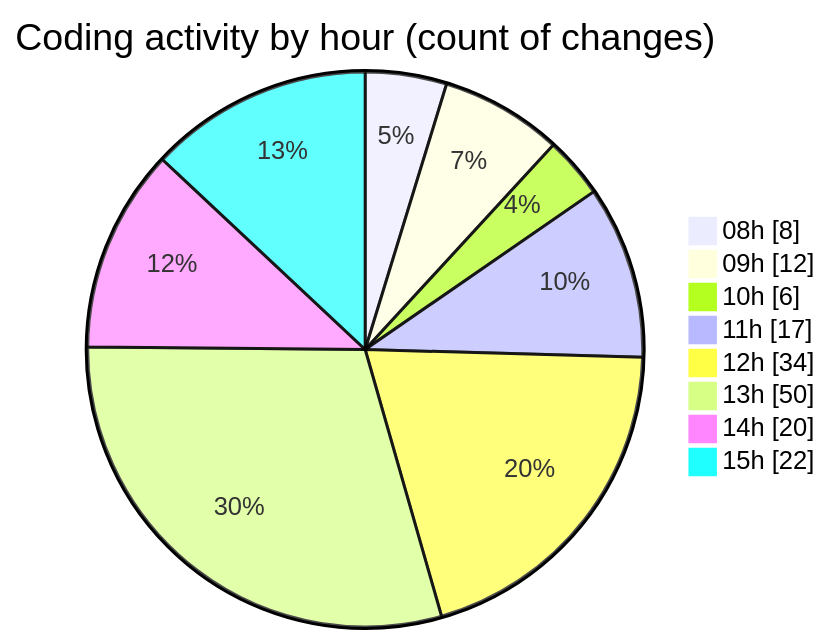
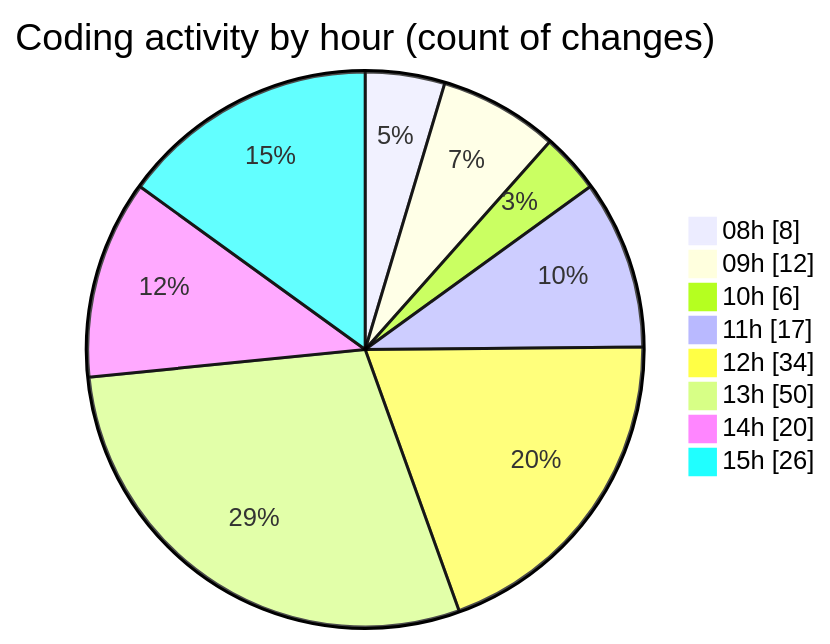
One commit to momahboobian/code-tracking changed the second of 2 diagrams in 2025-09-15/cda/README.md. Above: the diagram before and after it, drawn with Mermaid. The commit also changed other lines of this file and 1 other file, not shown here.

````diff
--- a/2025-09-15/cda/README.md
+++ b/2025-09-15/cda/README.md
@@ -35,12 +35,12 @@
 ```mermaid
 pie showData
 title Coding activity by hour (count of changes)
 "08h" : 8
 "09h" : 12
 "10h" : 6
 "11h" : 17
 "12h" : 34
 "13h" : 50
 "14h" : 20
-"15h" : 22
+"15h" : 26
 ```
````
